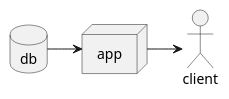
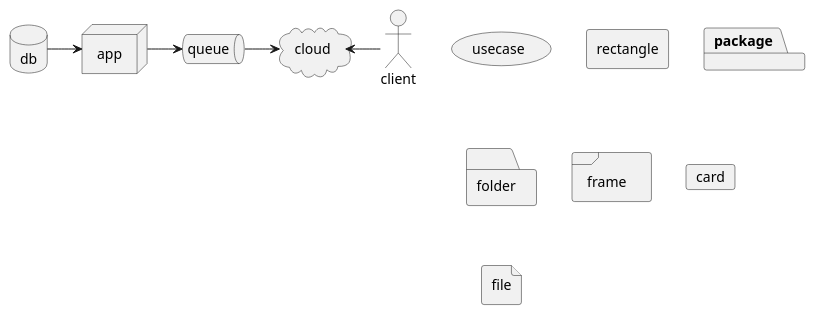
The first of 2 diagrams in plantuml/index.md (SwedbankPay/swedbank-pay-design-guide-jekyll-theme), drawn with PlantUML before and after one commit. The commit also changed 3 other files, not shown here.

Commit message:
DX-914: Theme network diagrams

````diff
--- a/plantuml/index.md
+++ b/plantuml/index.md
@@ -8,9 +8,21 @@
 ```plantuml
-@startuml
-actor client
-node app
-database db
-db -> app
-app -> client
+@startuml "Network"
+    actor client
+    node app
+    database db
+    queue queue
+    cloud cloud
+    usecase usecase
+    rectangle rectangle
+    package package
+    folder folder
+    frame frame
+    card card
+    file file
+
+    db -> app
+    app -> queue
+    queue -> cloud
+    cloud <- client
 @enduml
 ```
````
